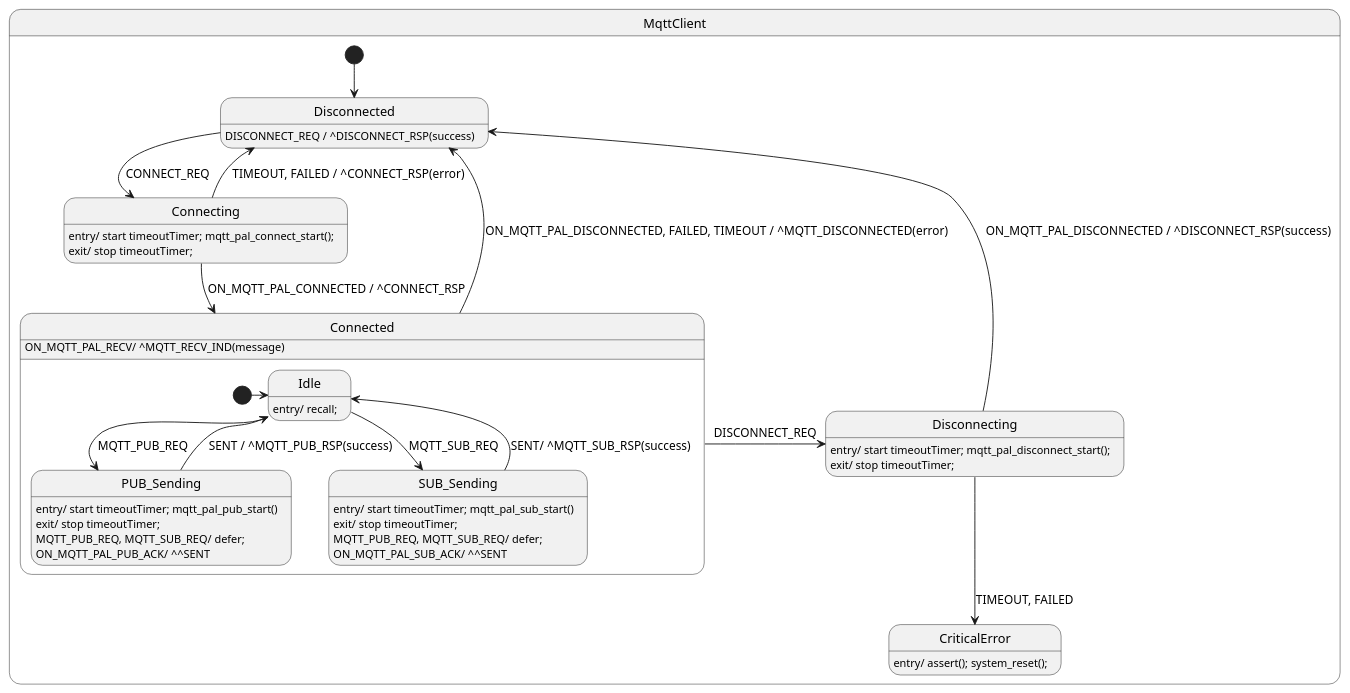
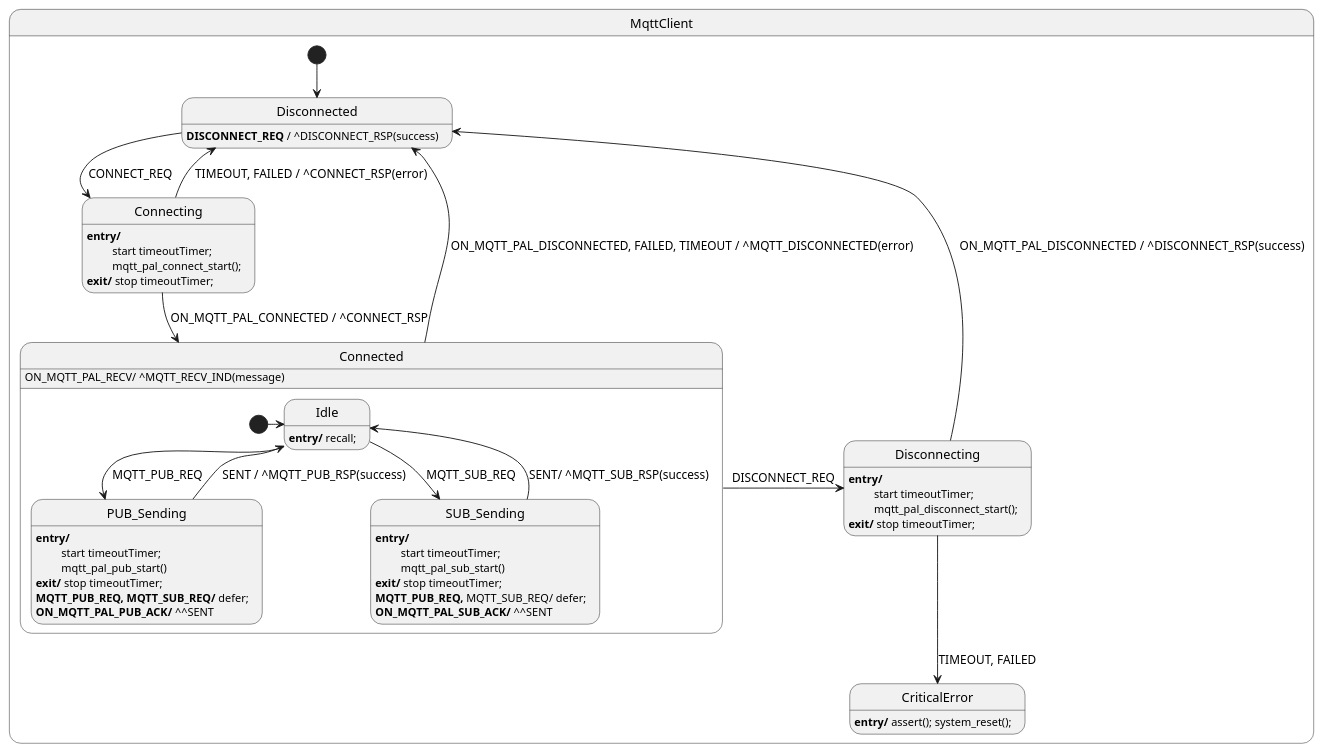
One commit to vaavva/azure-sdk-for-c-hfsm changed the diagram in sdk/docs/iot/resources/iot_hsm_mqtt.puml. Above: the diagram before and after it, drawn with PlantUML. The commit also changed 2 other files, not shown here.

```diff
--- a/sdk/docs/iot/resources/iot_hsm_mqtt.puml
+++ b/sdk/docs/iot/resources/iot_hsm_mqtt.puml
@@ -1,59 +1,67 @@
 @startuml
 
 state MqttClient {
 
     state Disconnected
     [*] --> Disconnected
-    Disconnected : DISCONNECT_REQ / ^DISCONNECT_RSP(success)
+    Disconnected : <b>DISCONNECT_REQ</b> / ^DISCONNECT_RSP(success)
 
     state Connecting
-    Connecting : entry/ start timeoutTimer; mqtt_pal_connect_start();
-    Connecting : exit/ stop timeoutTimer;
+    Connecting : <b>entry/</b> 
+    Connecting : \t start timeoutTimer; 
+    Connecting : \t mqtt_pal_connect_start();
+    Connecting : <b>exit/</b> stop timeoutTimer;
 
     state Disconnecting
-    Disconnecting: entry/ start timeoutTimer; mqtt_pal_disconnect_start();
-    Disconnecting: exit/ stop timeoutTimer;
+    Disconnecting: <b>entry/</b> 
+    Disconnecting: \t start timeoutTimer; 
+    Disconnecting: \t mqtt_pal_disconnect_start();
+    Disconnecting: <b>exit/</b> stop timeoutTimer;
 
     state CriticalError
-    CriticalError: entry/ assert(); system_reset();
+    CriticalError: <b>entry/</b> assert(); system_reset();
 
     Disconnected -> Connecting : CONNECT_REQ
     Connecting --> Connected : ON_MQTT_PAL_CONNECTED / ^CONNECT_RSP
     Connecting --> Disconnected : TIMEOUT, FAILED / ^CONNECT_RSP(error)
     Disconnecting --> Disconnected : ON_MQTT_PAL_DISCONNECTED / ^DISCONNECT_RSP(success)
     Connected -> Disconnecting : DISCONNECT_REQ
     Connected --> Disconnected : ON_MQTT_PAL_DISCONNECTED, FAILED, TIMEOUT / ^MQTT_DISCONNECTED(error)
     Disconnecting --> CriticalError : TIMEOUT, FAILED
 
     ' Note: the following state machine definition does not support MQTT send pipeline 
     ' (i.e. sending PUB SUB without waiting for the respective ACKs).
     state Connected {
         Connected : ON_MQTT_PAL_RECV/ ^MQTT_RECV_IND(message)
 
         state Idle
-        Idle : entry/ recall;
+        Idle : <b>entry/</b> recall;
 
 'TODO: MQTT_PUB/SUB_RSP must be sent on error:
 
         state PUB_Sending
-        PUB_Sending : entry/ start timeoutTimer; mqtt_pal_pub_start()
-        PUB_Sending : exit/ stop timeoutTimer;
-        PUB_Sending : MQTT_PUB_REQ, MQTT_SUB_REQ/ defer;
-        PUB_Sending : ON_MQTT_PAL_PUB_ACK/ ^^SENT
+        PUB_Sending : <b>entry/</b> 
+        PUB_Sending: \t start timeoutTimer; 
+        PUB_Sending: \t mqtt_pal_pub_start()
+        PUB_Sending : <b>exit/</b> stop timeoutTimer;
+        PUB_Sending : <b>MQTT_PUB_REQ, MQTT_SUB_REQ/</b> defer;
+        PUB_Sending : <b>ON_MQTT_PAL_PUB_ACK/</b> ^^SENT
 
         state SUB_Sending
-        SUB_Sending : entry/ start timeoutTimer; mqtt_pal_sub_start()
-        SUB_Sending : exit/ stop timeoutTimer;
-        SUB_Sending : MQTT_PUB_REQ, MQTT_SUB_REQ/ defer;
-        SUB_Sending : ON_MQTT_PAL_SUB_ACK/ ^^SENT
+        SUB_Sending : <b>entry/</b> 
+        SUB_Sending : \t start timeoutTimer; 
+        SUB_Sending : \t mqtt_pal_sub_start()
+        SUB_Sending : <b>exit/</b> stop timeoutTimer;
+        SUB_Sending : <b>MQTT_PUB_REQ,</b> MQTT_SUB_REQ/ defer;
+        SUB_Sending : <b>ON_MQTT_PAL_SUB_ACK/</b> ^^SENT
 
         [*] -> Idle
 
         Idle --> PUB_Sending : MQTT_PUB_REQ
         Idle --> SUB_Sending : MQTT_SUB_REQ
         PUB_Sending -> Idle : SENT / ^MQTT_PUB_RSP(success)
         SUB_Sending -> Idle : SENT/ ^MQTT_SUB_RSP(success)
     }
 }
 
 @enduml
```
